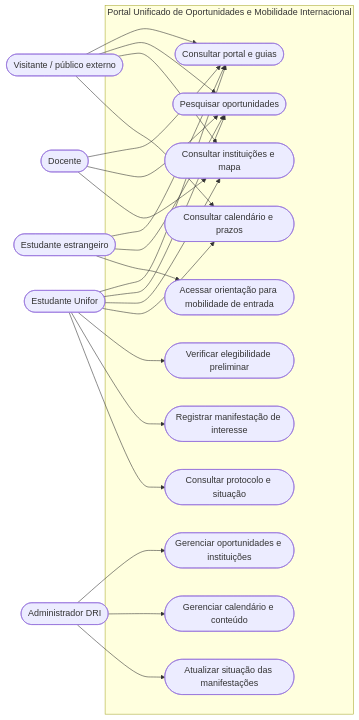
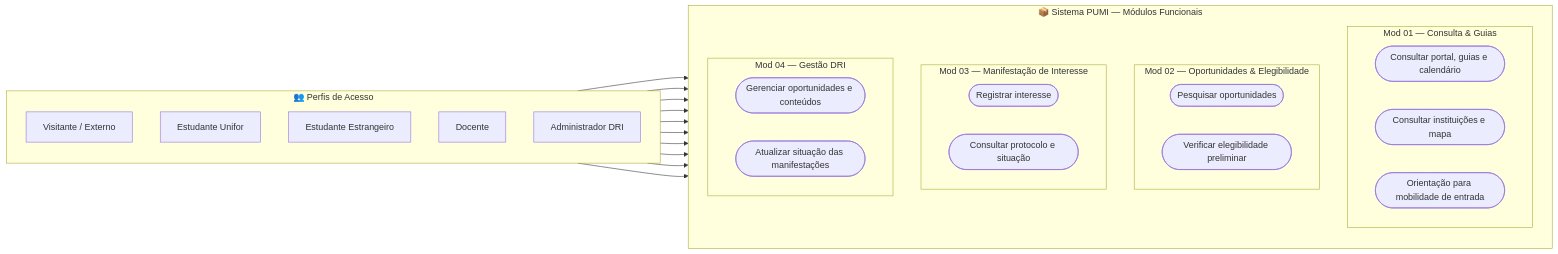
The first of 4 diagrams in Requisitos/Visao-Demanda-grupo3.md (niclasmn/requisitos-2026--grupo3), drawn with Mermaid before and after one commit. The commit also changed other lines of this file, not shown here.

Commit message:
Correção conforme orientações do Professor após apresentação Inicial

````diff
--- a/Requisitos/Visao-Demanda-grupo3.md
+++ b/Requisitos/Visao-Demanda-grupo3.md
@@ -264,43 +263,52 @@
 ```mermaid
 flowchart LR
-    Visitante([Visitante / público externo])
-    Aluno([Estudante Unifor])
-    Estrangeiro([Estudante estrangeiro])
-    Docente([Docente])
-    DRI([Administrador DRI])
-
-    subgraph PUMI[Portal Unificado de Oportunidades e Mobilidade Internacional]
-        UC1([Consultar portal e guias])
-        UC2([Pesquisar oportunidades])
-        UC3([Consultar instituições e mapa])
-        UC4([Consultar calendário e prazos])
-        UC5([Verificar elegibilidade preliminar])
-        UC6([Registrar manifestação de interesse])
-        UC7([Consultar protocolo e situação])
-        UC8([Acessar orientação para mobilidade de entrada])
-        UC9([Gerenciar oportunidades e instituições])
-        UC10([Gerenciar calendário e conteúdo])
-        UC11([Atualizar situação das manifestações])
+    subgraph Perfis["👥 Perfis de Acesso"]
+        direction TB
+        A1[Visitante / Externo]
+        A2[Estudante Unifor]
+        A3[Estudante Estrangeiro]
+        A4[Docente]
+        A5[Administrador DRI]
     end
 
-    Visitante --> UC1
-    Visitante --> UC2
-    Visitante --> UC3
-    Visitante --> UC4
-    Aluno --> UC1
-    Aluno --> UC2
-    Aluno --> UC3
-    Aluno --> UC4
-    Aluno --> UC5
-    Aluno --> UC6
-    Aluno --> UC7
-    Estrangeiro --> UC1
-    Estrangeiro --> UC2
-    Estrangeiro --> UC8
-    Docente --> UC1
-    Docente --> UC2
-    Docente --> UC3
-    DRI --> UC9
-    DRI --> UC10
-    DRI --> UC11
+    subgraph Modulos["📦 Sistema PUMI — Módulos Funcionais"]
+        direction TB
+        
+        subgraph M1["Mod 01 — Consulta & Guias"]
+            UC1([Consultar portal, guias e calendário])
+            UC3([Consultar instituições e mapa])
+            UC8([Orientação para mobilidade de entrada])
+        end
+
+        subgraph M2["Mod 02 — Oportunidades & Elegibilidade"]
+            UC2([Pesquisar oportunidades])
+            UC5([Verificar elegibilidade preliminar])
+        end
+
+        subgraph M3["Mod 03 — Manifestação de Interesse"]
+            UC6([Registrar interesse])
+            UC7([Consultar protocolo e situação])
+        end
+
+        subgraph M4["Mod 04 — Gestão DRI"]
+            UC9([Gerenciar oportunidades e conteúdos])
+            UC11([Atualizar situação das manifestações])
+        end
+    end
+
+    %% Conexões Diretas
+    A1 --> M1
+    A1 --> M2
+
+    A2 --> M1
+    A2 --> M2
+    A2 --> M3
+
+    A3 --> M1
+    A3 --> M2
+
+    A4 --> M1
+    A4 --> M2
+
+    A5 --> M4
 ```
````
